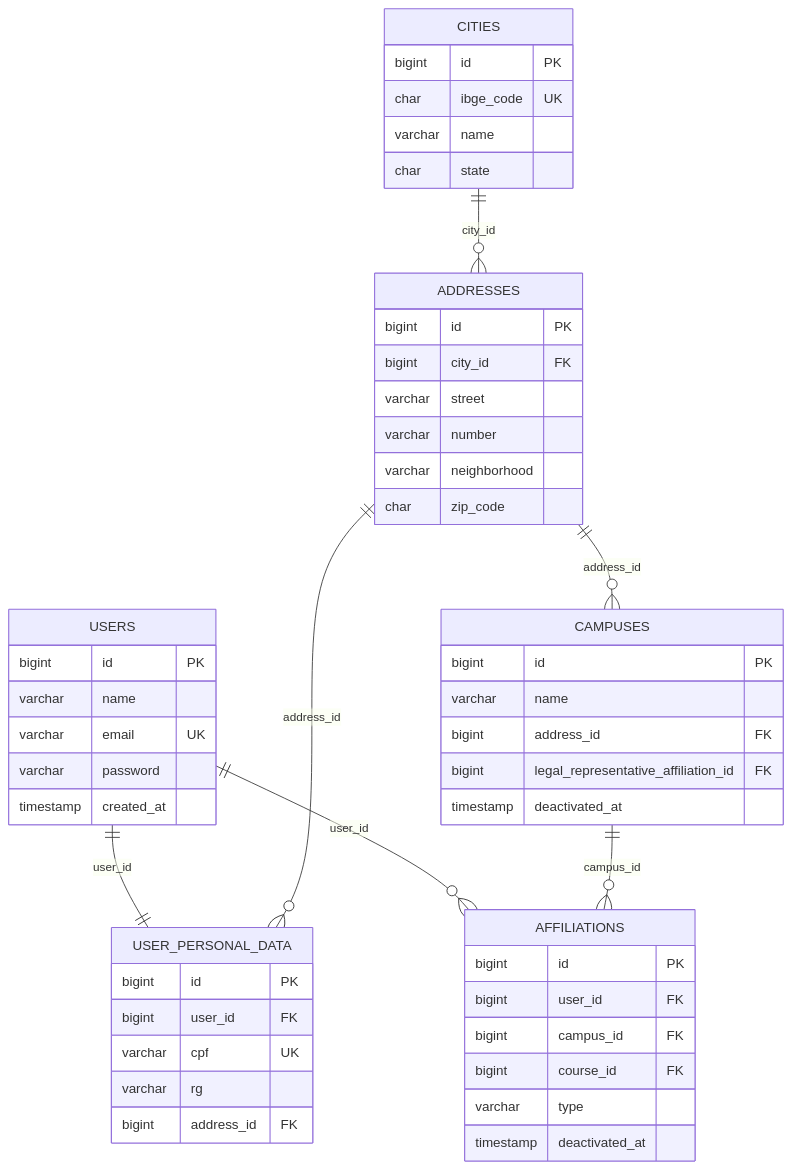
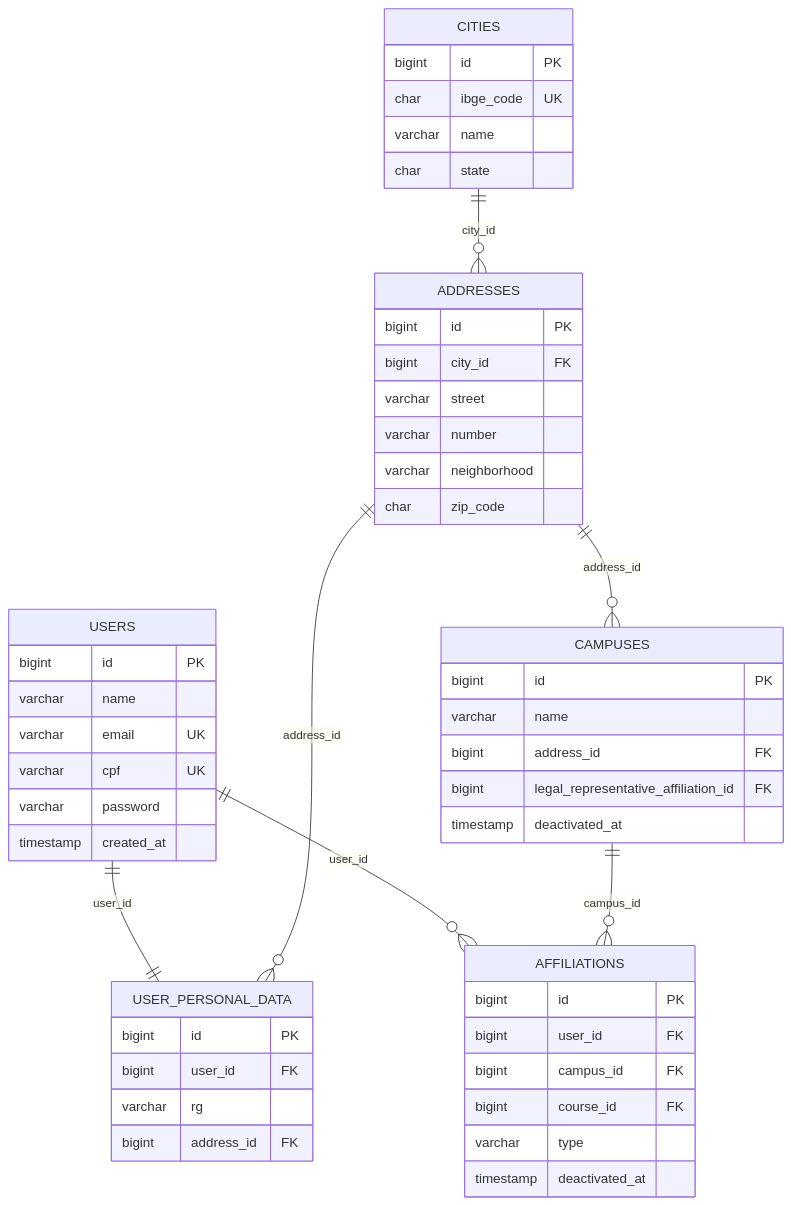
Before and after one commit to sge-suite/docs: the diagram in docs/diagrams/sources/modelo-nucleo-identidade.mmd, drawn with Mermaid. The commit also changed other lines of this file and 13 other files, not shown here.

```diff
--- a/docs/diagrams/sources/modelo-nucleo-identidade.mmd
+++ b/docs/diagrams/sources/modelo-nucleo-identidade.mmd
@@ -1,51 +1,51 @@
 erDiagram
     USERS ||--|| USER_PERSONAL_DATA : user_id
     USERS ||--o{ AFFILIATIONS : user_id
     CITIES ||--o{ ADDRESSES : city_id
     ADDRESSES ||--o{ USER_PERSONAL_DATA : address_id
     ADDRESSES ||--o{ CAMPUSES : address_id
     CAMPUSES ||--o{ AFFILIATIONS : campus_id
 
     USERS {
         bigint id PK
         varchar name
         varchar email UK
+        varchar cpf UK
         varchar password
         timestamp created_at
     }
     USER_PERSONAL_DATA {
         bigint id PK
         bigint user_id FK
-        varchar cpf UK
         varchar rg
         bigint address_id FK
     }
     ADDRESSES {
         bigint id PK
         bigint city_id FK
         varchar street
         varchar number
         varchar neighborhood
         char zip_code
     }
     CITIES {
         bigint id PK
         char ibge_code UK
         varchar name
         char state
     }
     CAMPUSES {
         bigint id PK
         varchar name
         bigint address_id FK
         bigint legal_representative_affiliation_id FK
         timestamp deactivated_at
     }
     AFFILIATIONS {
         bigint id PK
         bigint user_id FK
         bigint campus_id FK
         bigint course_id FK
         varchar type
         timestamp deactivated_at
     }
```
